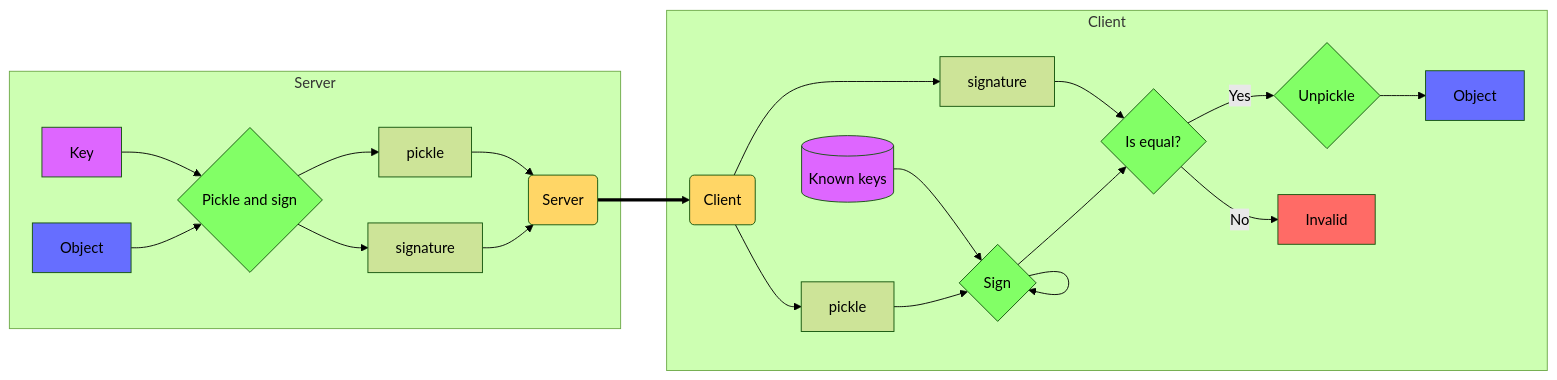
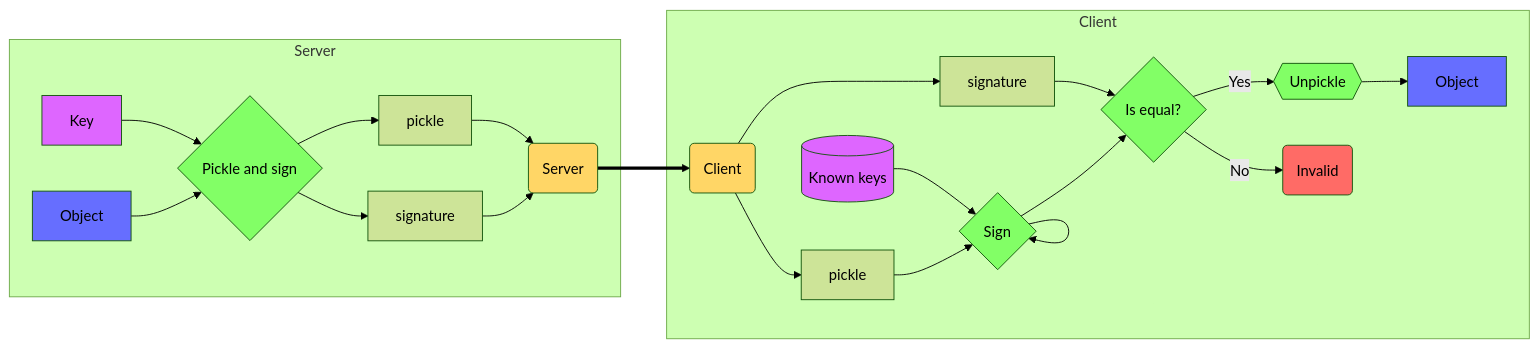
Before and after one commit to Wissotsky/SafePickling: the diagram in README.md, drawn with Mermaid (forest theme).

````diff
--- a/README.md
+++ b/README.md
@@ -5,25 +5,25 @@
 ```mermaid
 graph LR
     subgraph Server
         A[Object]:::object -->B{Pickle and sign}:::cryptography
         C[Key]:::storage --> B
         B --> pik2[signature] --> D(Server):::network
         B --> pik1[pickle] --> D
     end
     subgraph Client
         D ==> E(Client):::network
         E -->unpik2[signature]
         E -->unpik1[pickle] --> F{Sign}:::cryptography
         known[(Known keys)]:::storage --> F --> F
         F --> eq{Is equal?}
         unpik2 --> eq:::cryptography
-        eq -->|Yes|unpik{Unpickle}:::cryptography --> Z[Object]:::object
-        eq -->|No|Invalid:::error
+        eq -->|Yes|unpik{{Unpickle}}:::cryptography --> Z[Object]:::object
+        eq -->|No|Invalid(Invalid):::error
     end
 
     classDef network fill:#FFD666;
     classDef cryptography fill:#82FF66;
     classDef error fill:#FF6B66;
     classDef storage fill:#DE66FF;
     classDef object fill:#666EFF;
 ```
````
